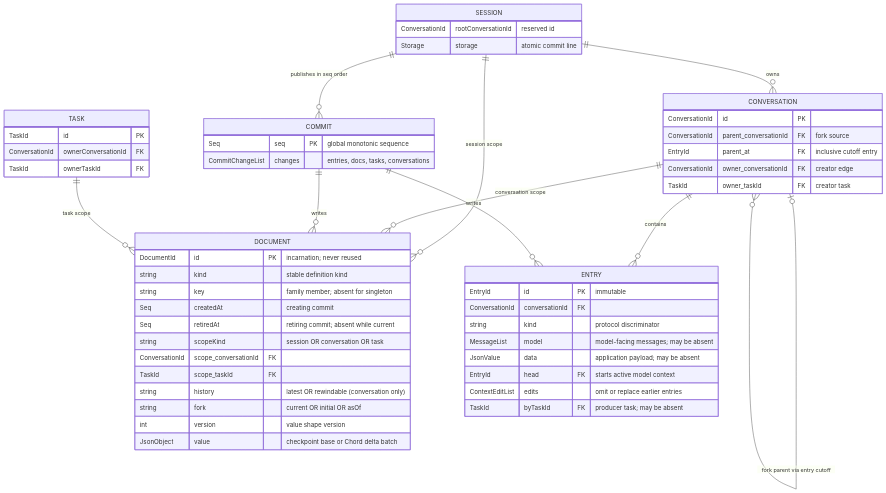
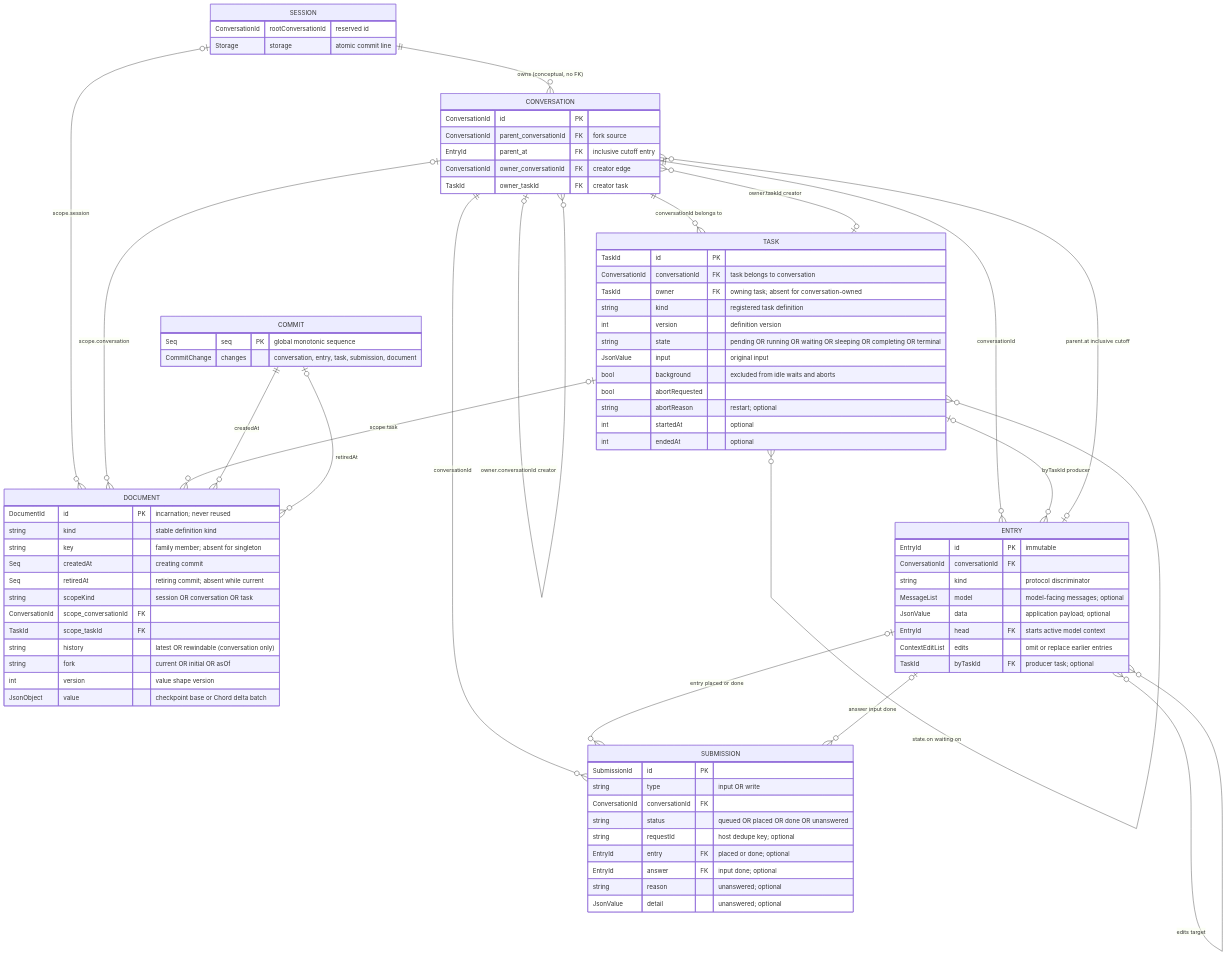
Before and after one commit to larrybotha/pi-durable-experiments: the diagram in README.md, drawn with Mermaid.

Commit message:
docs: fix mermaid diagram some more

`````diff
--- a/README.md
+++ b/README.md
@@ -14,14 +14,29 @@
 ```mermaid
 erDiagram
-    SESSION ||--o{ CONVERSATION : owns
-    SESSION ||--o{ DOCUMENT : "session scope"
-    SESSION ||--o{ COMMIT : "publishes in seq order"
-    CONVERSATION ||--o{ ENTRY : contains
-    CONVERSATION ||--o{ DOCUMENT : "conversation scope"
-    CONVERSATION |o--o{ CONVERSATION : "fork parent via entry cutoff"
-    COMMIT ||--o{ ENTRY : writes
-    COMMIT ||--o{ DOCUMENT : writes
-    TASK ||--o{ DOCUMENT : "task scope"
+    SESSION ||--o{ CONVERSATION : "owns (conceptual, no FK)"
+    SESSION |o--o{ DOCUMENT : "scope.session"
+    CONVERSATION ||--o{ ENTRY : "conversationId"
+    CONVERSATION |o--o{ DOCUMENT : "scope.conversation"
+    TASK |o--o{ DOCUMENT : "scope.task"
+    COMMIT ||--o{ DOCUMENT : "createdAt"
+    COMMIT |o--o{ DOCUMENT : "retiredAt"
+
+    CONVERSATION |o--o{ CONVERSATION : "parent.conversationId fork source"
+    ENTRY |o--o{ CONVERSATION : "parent.at inclusive cutoff"
+    CONVERSATION |o--o{ CONVERSATION : "owner.conversationId creator"
+    TASK |o--o{ CONVERSATION : "owner.taskId creator"
+
+    CONVERSATION ||--o{ TASK : "conversationId belongs to"
+    TASK |o--o{ TASK : "owner child to parent"
+    TASK }o--o{ TASK : "state.on waiting on"
+
+    TASK |o--o{ ENTRY : "byTaskId producer"
+    ENTRY |o--o{ ENTRY : "head context start"
+    ENTRY }o--o{ ENTRY : "edits target"
+
+    CONVERSATION ||--o{ SUBMISSION : "conversationId"
+    ENTRY |o--o{ SUBMISSION : "entry placed or done"
+    ENTRY |o--o{ SUBMISSION : "answer input done"
 
     SESSION {
         ConversationId rootConversationId "reserved id"
@@ -40,11 +55,26 @@
         EntryId id PK "immutable"
         ConversationId conversationId FK
         string kind "protocol discriminator"
-        MessageList model "model-facing messages; may be absent"
-        JsonValue data "application payload; may be absent"
+        MessageList model "model-facing messages; optional"
+        JsonValue data "application payload; optional"
         EntryId head FK "starts active model context"
         ContextEditList edits "omit or replace earlier entries"
-        TaskId byTaskId FK "producer task; may be absent"
+        TaskId byTaskId FK "producer task; optional"
+    }
+
+    TASK {
+        TaskId id PK
+        ConversationId conversationId FK "task belongs to conversation"
+        TaskId owner FK "owning task; absent for conversation-owned"
+        string kind "registered task definition"
+        int version "definition version"
+        string state "pending OR running OR waiting OR sleeping OR completing OR terminal"
+        JsonValue input "original input"
+        bool background "excluded from idle waits and aborts"
+        bool abortRequested
+        string abortReason "restart; optional"
+        int startedAt "optional"
+        int endedAt "optional"
     }
 
     DOCUMENT {
@@ -62,14 +92,20 @@
         JsonObject value "checkpoint base or Chord delta batch"
     }
 
+    SUBMISSION {
+        SubmissionId id PK
+        string type "input OR write"
+        ConversationId conversationId FK
+        string status "queued OR placed OR done OR unanswered"
+        string requestId "host dedupe key; optional"
+        EntryId entry FK "placed or done; optional"
+        EntryId answer FK "input done; optional"
+        string reason "unanswered; optional"
+        JsonValue detail "unanswered; optional"
+    }
+
     COMMIT {
         Seq seq PK "global monotonic sequence"
-        CommitChangeList changes "entries, docs, tasks, conversations"
+        CommitChange changes "conversation, entry, task, submission, document"
     }
-
-    TASK {
-        TaskId id PK
-        ConversationId ownerConversationId FK
-        TaskId ownerTaskId FK
-    }
-````
+```
`````
